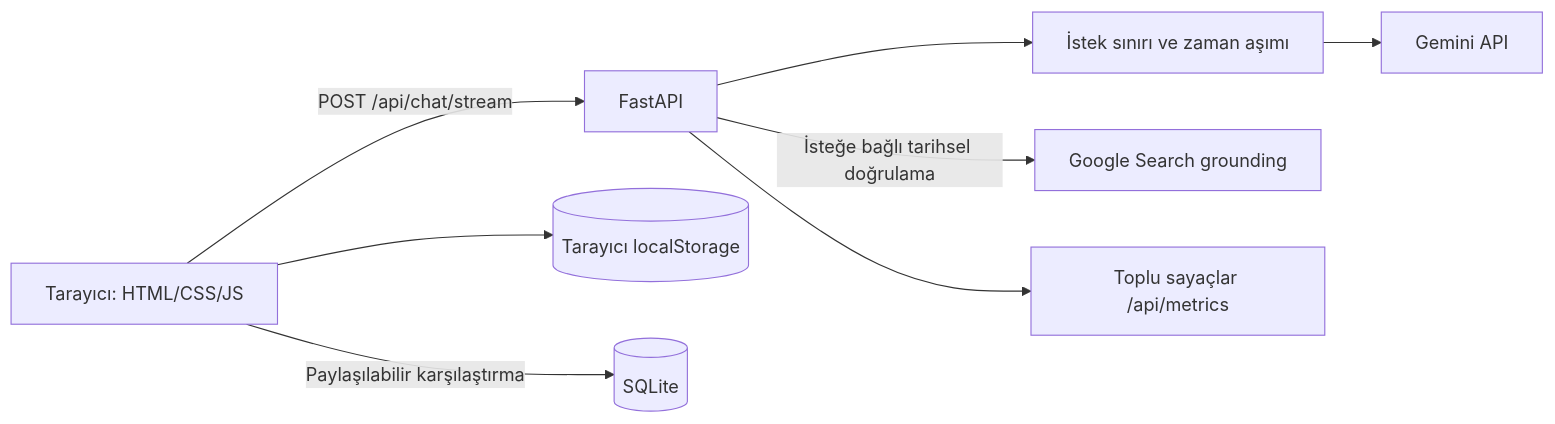
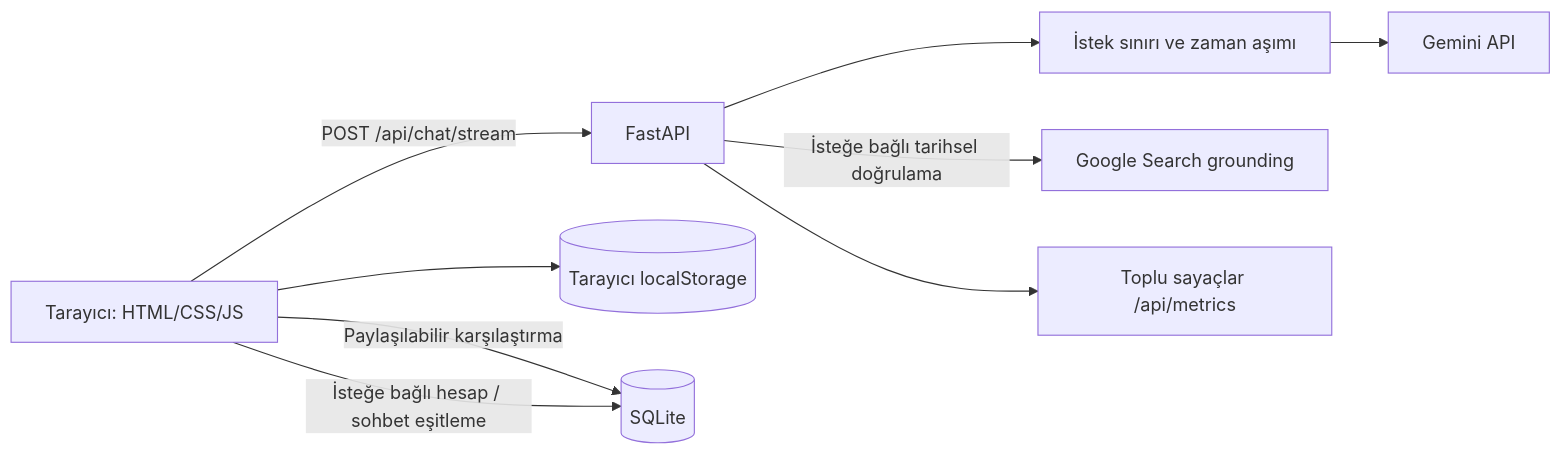
The diagram in README.md (EnsarAslannn/RetroChatbot), drawn with Mermaid before and after one commit. The commit also changed other lines of this file and 9 other files, not shown here.

````diff
--- a/README.md
+++ b/README.md
@@ -56,10 +57,11 @@
 ```mermaid
 flowchart LR
   B[Tarayıcı: HTML/CSS/JS] -->|POST /api/chat/stream| A[FastAPI]
   B --> L[(Tarayıcı localStorage)]
   B -->|Paylaşılabilir karşılaştırma| S[(SQLite)]
+  B -->|İsteğe bağlı hesap / sohbet eşitleme| S
   A --> R[İstek sınırı ve zaman aşımı]
   R --> G[Gemini API]
   A -->|İsteğe bağlı tarihsel doğrulama| GS[Google Search grounding]
   A --> M[Toplu sayaçlar /api/metrics]
 ```
````
